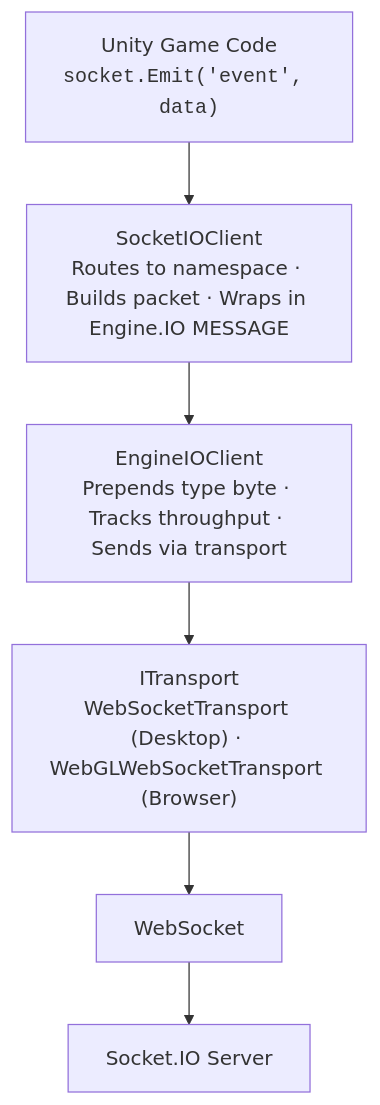
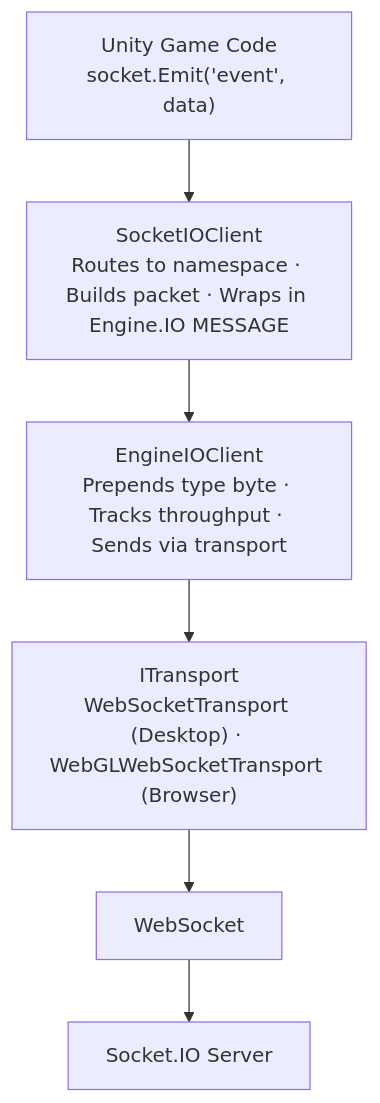
Before and after one commit to Magithar/socketio-unity: the sixth of 8 diagrams in Documentation~/ARCHITECTURE.md, drawn with Mermaid. The commit also changed other lines of this file, not shown here.

Commit message:
Release v1.3.1 - Use HTML bold tags in Mermaid node labels for correct rendering

````diff
--- a/Documentation~/ARCHITECTURE.md
+++ b/Documentation~/ARCHITECTURE.md
@@ -244,11 +244,11 @@
 ```mermaid
 graph TD
-    A["Unity Game Code<br/><code>socket.Emit('event', data)</code>"]
+    A["Unity Game Code<br/>socket.Emit('event', data)"]
     B["SocketIOClient<br/>Routes to namespace · Builds packet · Wraps in Engine.IO MESSAGE"]
     C["EngineIOClient<br/>Prepends type byte · Tracks throughput · Sends via transport"]
     D["ITransport<br/>WebSocketTransport (Desktop) · WebGLWebSocketTransport (Browser)"]
     E["WebSocket"]
     F["Socket.IO Server"]
 
     A --> B --> C --> D --> E --> F
 ```
````
